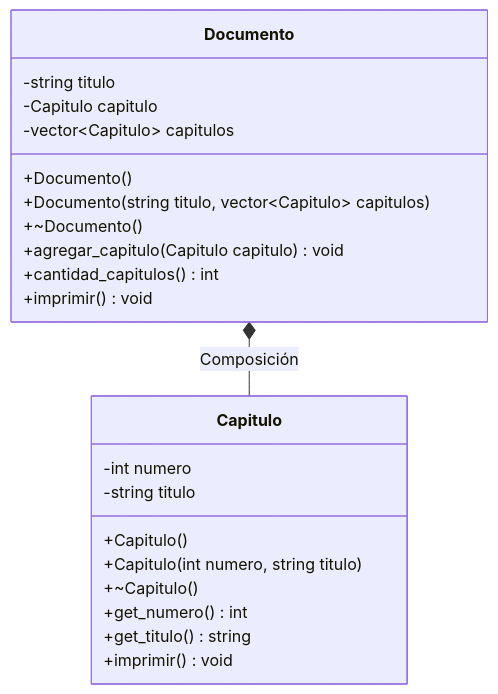
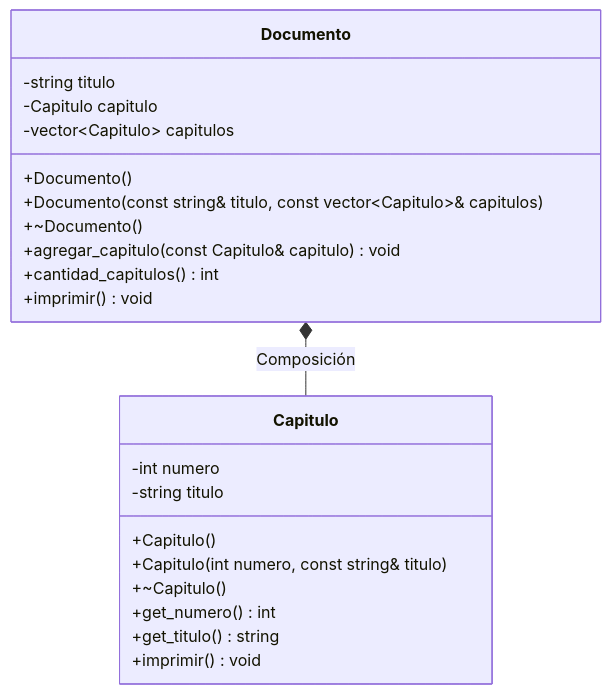
Before and after one commit to CursosProgramacionEP/PO_UTEC_Semana11: the diagram in A3_DocumentoCapitulo/README.md, drawn with Mermaid. The commit also changed other lines of this file, not shown here.

Commit message:
A3: parametros por referencia constante en el diagrama UML

````diff
--- a/A3_DocumentoCapitulo/README.md
+++ b/A3_DocumentoCapitulo/README.md
@@ -7,25 +7,25 @@
 ```mermaid
 classDiagram
     class Documento {
         -string titulo
         -Capitulo capitulo
         -vector~Capitulo~ capitulos
         +Documento()
-        +Documento(string titulo, vector~Capitulo~ capitulos)
+        +Documento(const string& titulo, const vector~Capitulo~& capitulos)
         +~Documento()
-        +agregar_capitulo(Capitulo capitulo) void
+        +agregar_capitulo(const Capitulo& capitulo) void
         +cantidad_capitulos() int
         +imprimir() void
     }
     class Capitulo {
         -int numero
         -string titulo
         +Capitulo()
-        +Capitulo(int numero, string titulo)
+        +Capitulo(int numero, const string& titulo)
         +~Capitulo()
         +get_numero() int
         +get_titulo() string
         +imprimir() void
     }
     Documento *-- Capitulo : Composición
 ```
````
